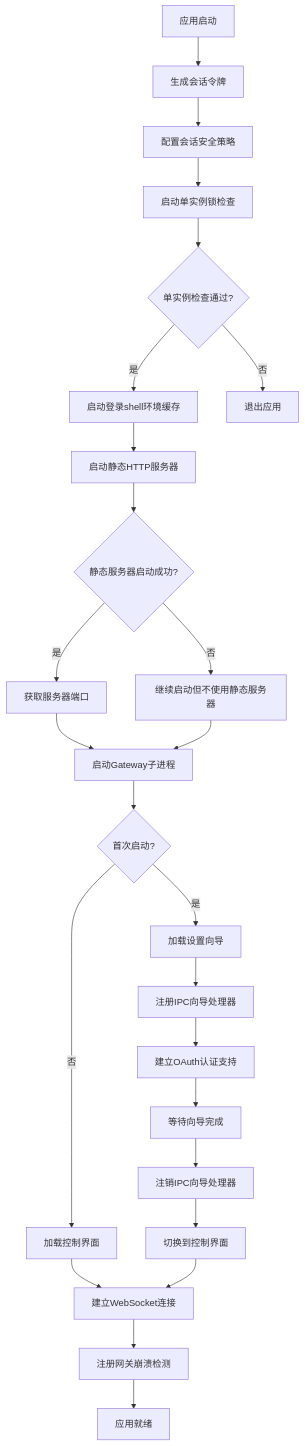
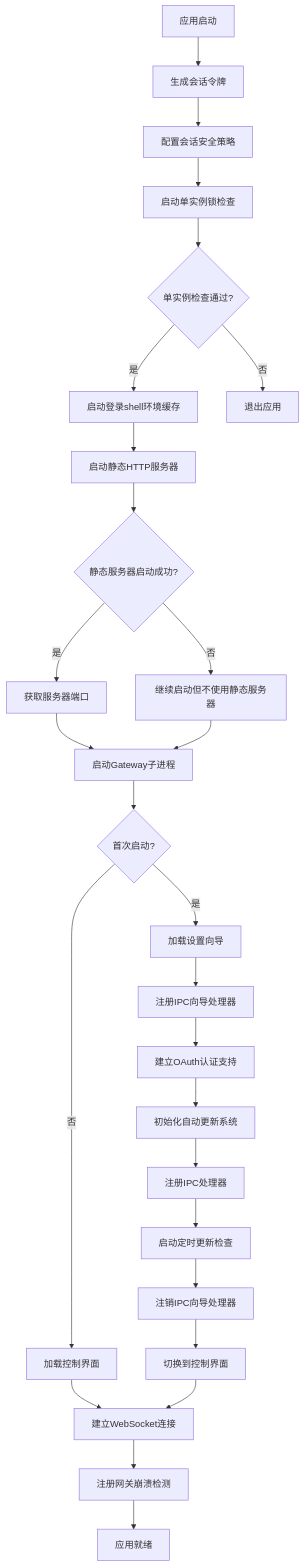
The fourth of 32 diagrams in .qoder/repowiki/zh/content/核心概念/Electron应用增强.md (verse-ai-org/openclaw), drawn with Mermaid before and after one commit. The commit also changed other lines of this file and 23 other files, not shown here.

````diff
--- a/.qoder/repowiki/zh/content/核心概念/Electron应用增强.md
+++ b/.qoder/repowiki/zh/content/核心概念/Electron应用增强.md
@@ -299,27 +333,29 @@
 ```mermaid
 flowchart TD
 A[应用启动] --> B[生成会话令牌]
 B --> C[配置会话安全策略]
 C --> D[启动单实例锁检查]
 D --> E{单实例检查通过?}
 E --> |是| F[启动登录shell环境缓存]
 E --> |否| G[退出应用]
 F --> H[启动静态HTTP服务器]
 H --> I{静态服务器启动成功?}
 I --> |是| J[获取服务器端口]
 I --> |否| K[继续启动但不使用静态服务器]
 J --> L[启动Gateway子进程]
 K --> L
 L --> M{首次启动?}
 M --> |是| N[加载设置向导]
 M --> |否| O[加载控制界面]
 N --> P[注册IPC向导处理器]
 P --> Q[建立OAuth认证支持]
-Q --> R[等待向导完成]
-R --> S[注销IPC向导处理器]
-S --> T[切换到控制界面]
-O --> U[建立WebSocket连接]
-T --> U
-U --> V[注册网关崩溃检测]
-V --> W[应用就绪]
+Q --> R[初始化自动更新系统]
+R --> S[注册IPC处理器]
+S --> T[启动定时更新检查]
+T --> U[注销IPC向导处理器]
+U --> V[切换到控制界面]
+O --> W[建立WebSocket连接]
+V --> W
+W --> X[注册网关崩溃检测]
+X --> Y[应用就绪]
 ```
````
